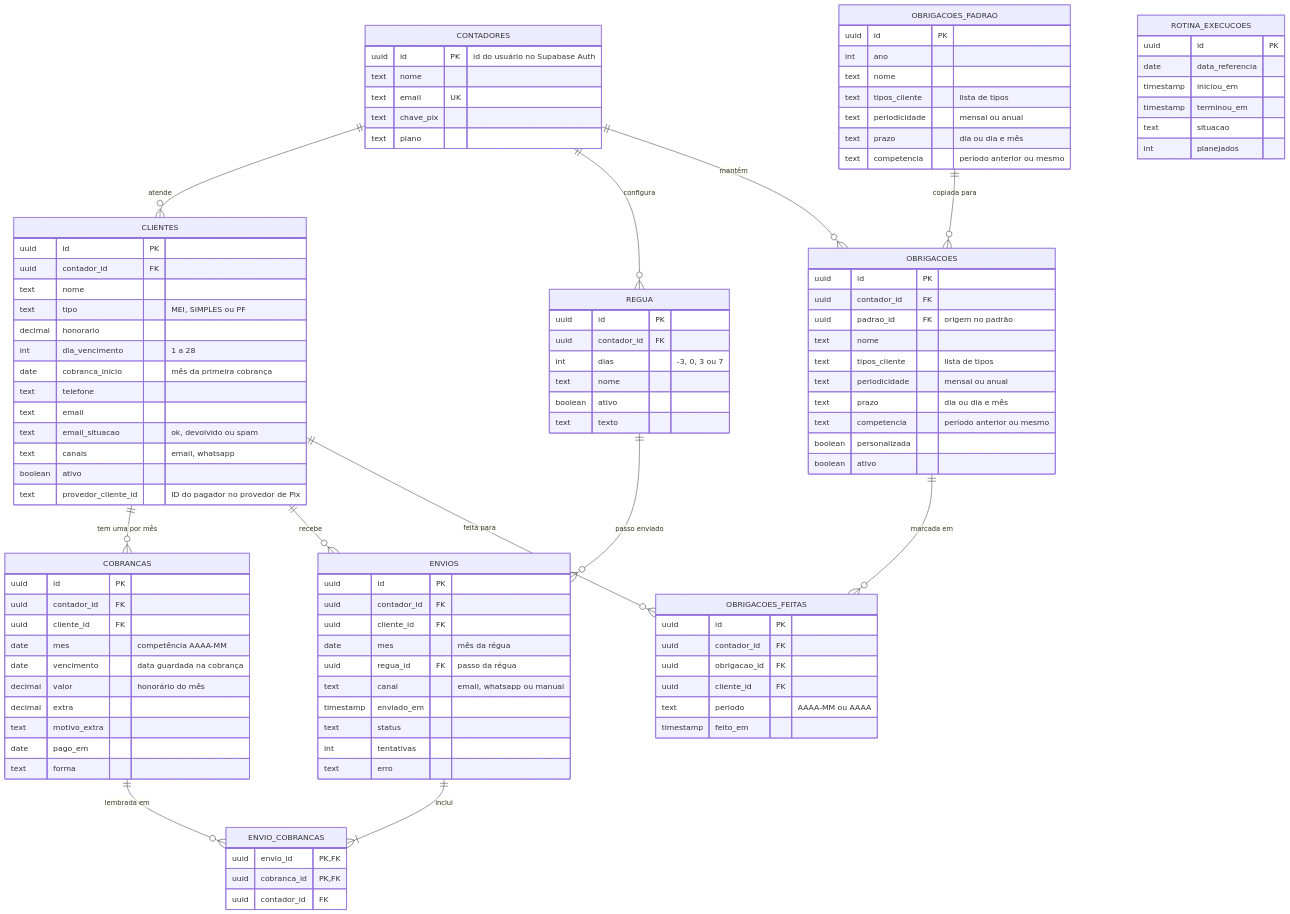
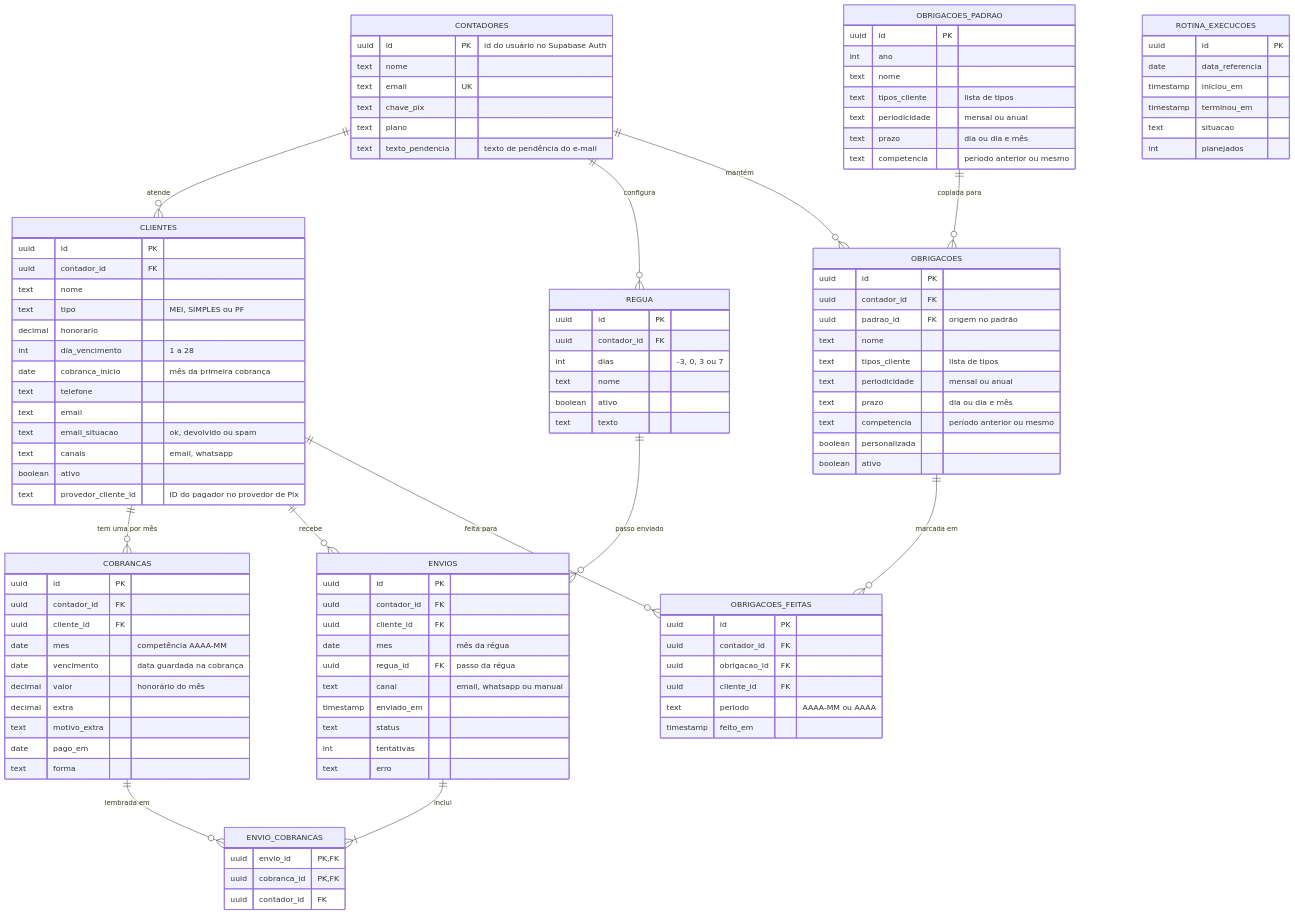
The second of 2 diagrams in docs/SRS.md (77mdias/neximob), drawn with Mermaid before and after one commit. The commit also changed other lines of this file and 15 other files, not shown here.

```diff
--- a/docs/SRS.md
+++ b/docs/SRS.md
@@ -660,6 +666,7 @@
         text email UK
         text chave_pix
         text plano
+        text texto_pendencia "texto de pendência do e-mail"
     }
     CLIENTES {
         uuid id PK
```
